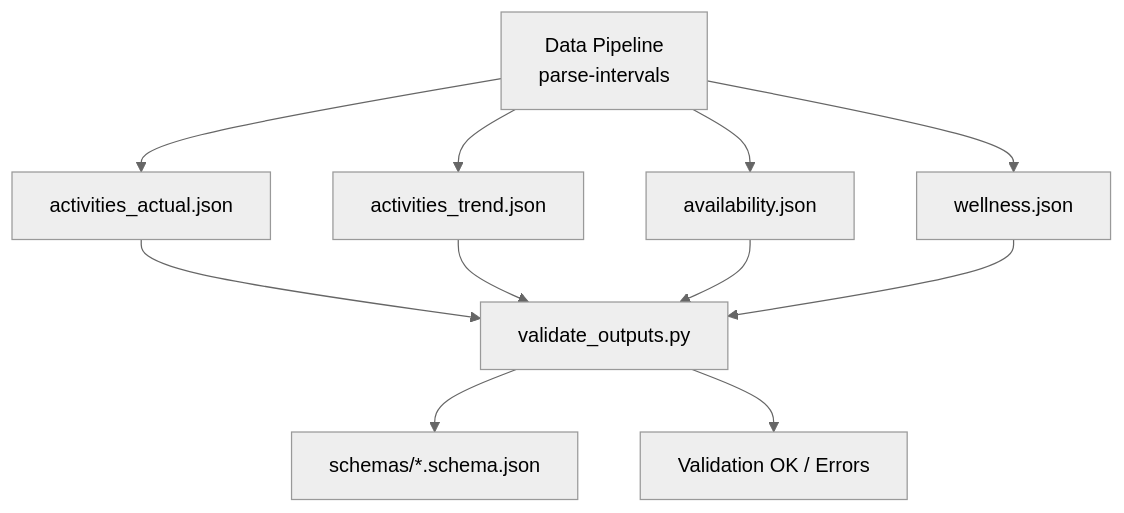
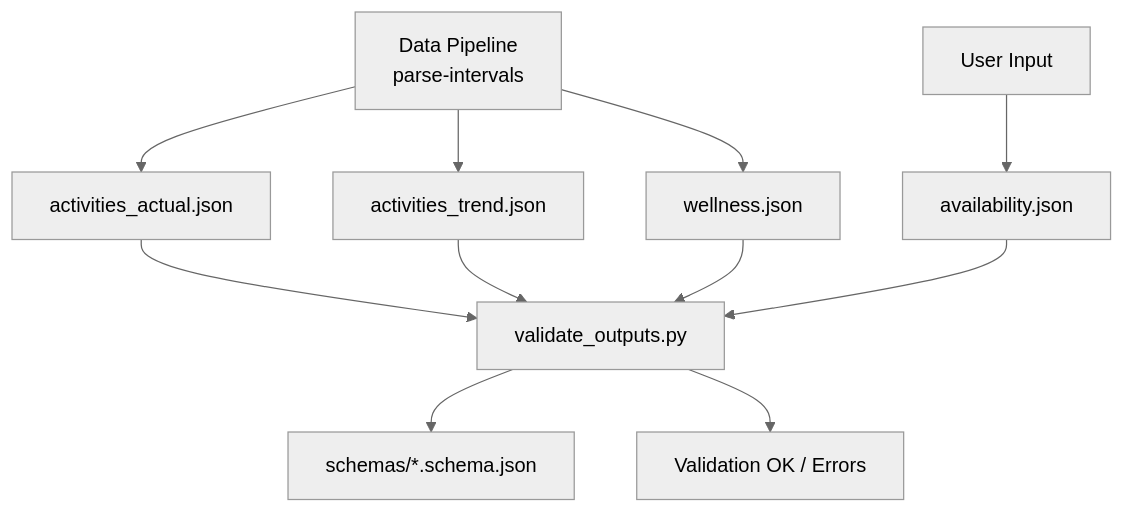
One commit to albauer-priv/RPS changed the diagram in doc/runbooks/validation.md. Above: the diagram before and after it, drawn with Mermaid (neutral theme). The commit also changed other lines of this file and 17 other files, not shown here.

````diff
--- a/doc/runbooks/validation.md
+++ b/doc/runbooks/validation.md
@@ -21,13 +22,13 @@
 ```mermaid
 flowchart TD
   DP[Data Pipeline\nparse-intervals] --> AA[activities_actual.json]
   DP --> AT[activities_trend.json]
-  DP --> AV[availability.json]
   DP --> WL[wellness.json]
+  UI[User Input] --> AV[availability.json]
   AA --> VA[validate_outputs.py]
   AT --> VA
   AV --> VA
   WL --> VA
   VA --> SC[schemas/*.schema.json]
   VA --> OK[Validation OK / Errors]
 ```
````
